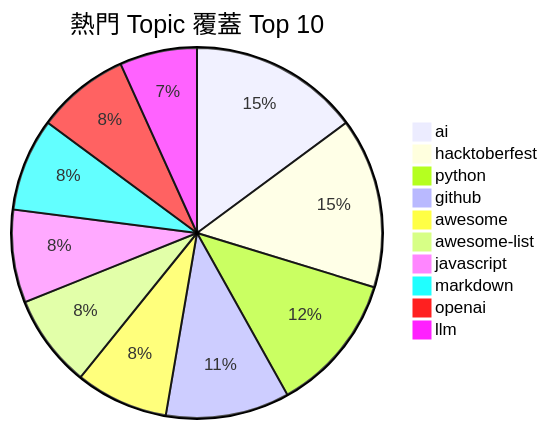
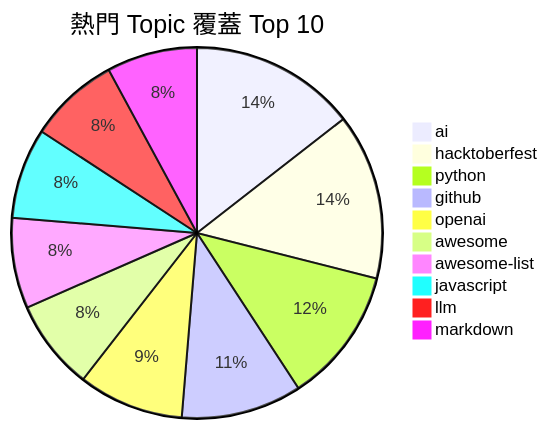
One commit to Andy87877/GitHub-Star-Manager changed the first of 2 diagrams in README.md. Above: the diagram before and after it, drawn with Mermaid. The commit also changed other lines of this file and 3 other files, not shown here.

````diff
--- a/README.md
+++ b/README.md
@@ -11,13 +11,13 @@
 ```mermaid
 pie title 熱門 Topic 覆蓋 Top 10
     "ai" : 11
     "hacktoberfest" : 11
     "python" : 9
     "github" : 8
+    "openai" : 7
     "awesome" : 6
     "awesome-list" : 6
     "javascript" : 6
+    "llm" : 6
     "markdown" : 6
-    "openai" : 6
-    "llm" : 5
 ```
````
